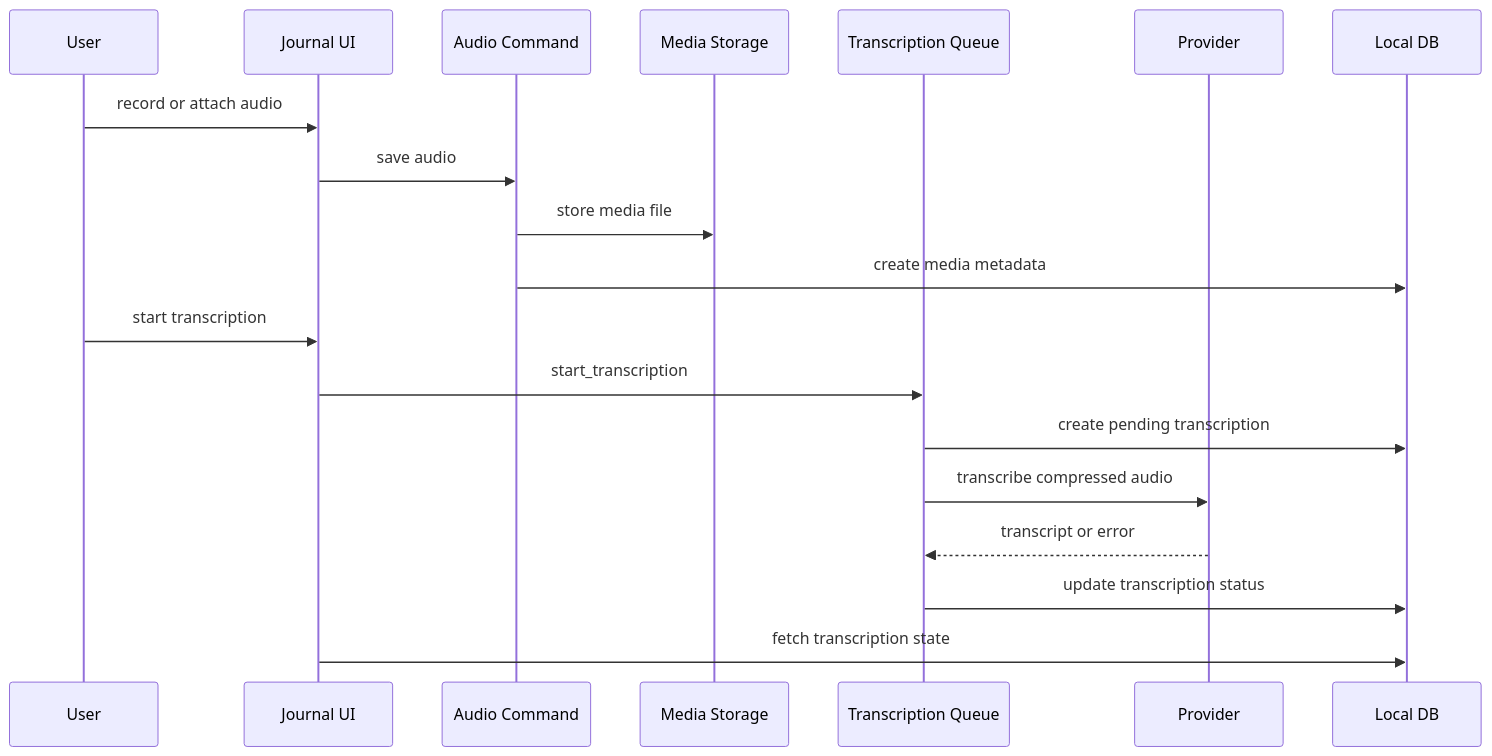
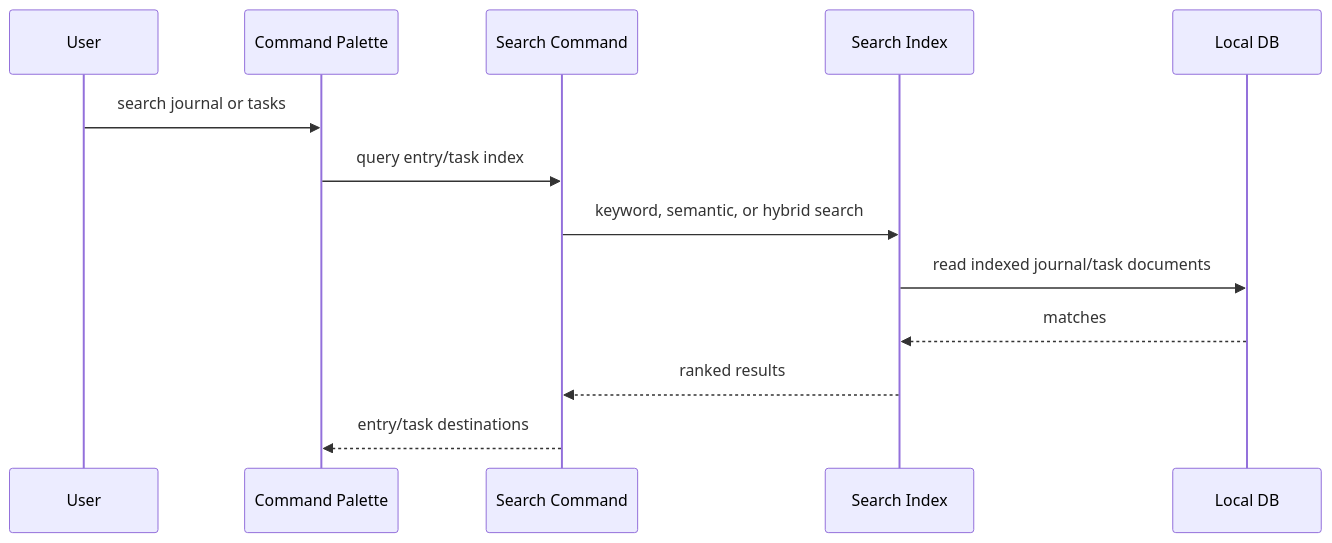
The fourth of 7 diagrams in docs/reference/flows.md (sunday-studio/aether), drawn with Mermaid before and after one commit. The commit also changed other lines of this file and 116 other files, not shown here.

````diff
--- a/docs/reference/flows.md
+++ b/docs/reference/flows.md
@@ -59,22 +56,16 @@
 ```mermaid
 sequenceDiagram
   participant U as User
-  participant Journal as Journal UI
-  participant Audio as Audio Command
-  participant Media as Media Storage
-  participant Queue as Transcription Queue
-  participant Provider as Provider
+  participant UI as Command Palette
+  participant Search as Search Command
+  participant Index as Search Index
   participant DB as Local DB
 
-  U->>Journal: record or attach audio
-  Journal->>Audio: save audio
-  Audio->>Media: store media file
-  Audio->>DB: create media metadata
-  U->>Journal: start transcription
-  Journal->>Queue: start_transcription
-  Queue->>DB: create pending transcription
-  Queue->>Provider: transcribe compressed audio
-  Provider-->>Queue: transcript or error
-  Queue->>DB: update transcription status
-  Journal->>DB: fetch transcription state
+  U->>UI: search journal or tasks
+  UI->>Search: query entry/task index
+  Search->>Index: keyword, semantic, or hybrid search
+  Index->>DB: read indexed journal/task documents
+  DB-->>Index: matches
+  Index-->>Search: ranked results
+  Search-->>UI: entry/task destinations
 ```
````
